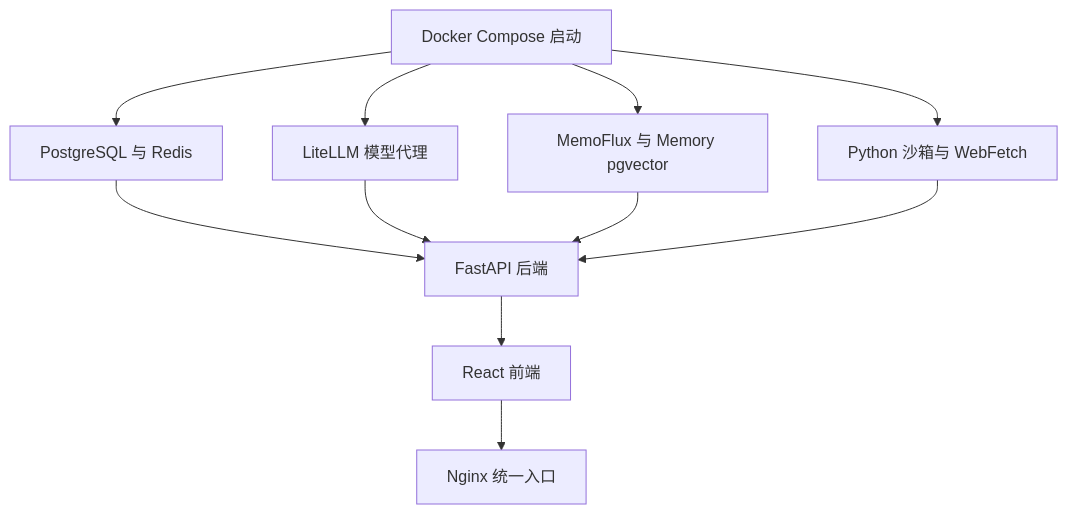
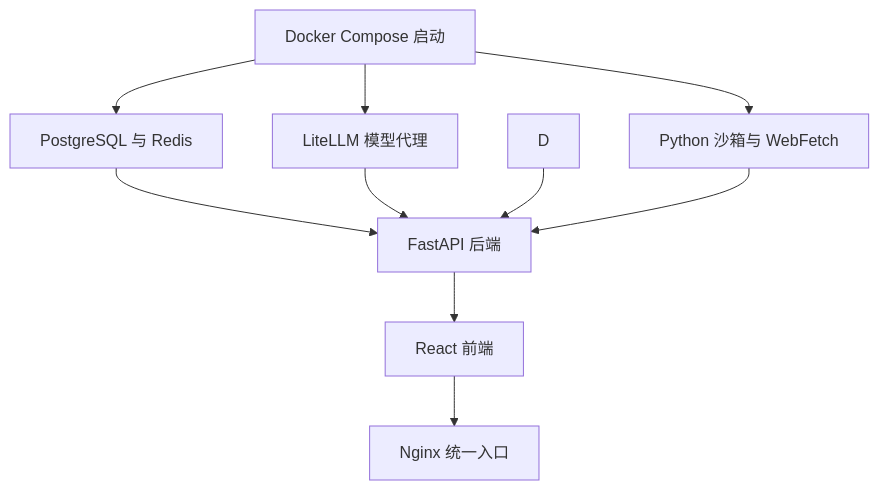
Before and after one commit to MarvekG/BestAITrader: the diagram in docs/feature-introductions/15-docker-deployment.md, drawn with Mermaid. The commit also changed other lines of this file and 54 other files, not shown here.

First line of the commit message:
feat(ai): replace MemoFlux with single-document memory system

````diff
--- a/docs/feature-introductions/15-docker-deployment.md
+++ b/docs/feature-introductions/15-docker-deployment.md
@@ -23,13 +23,12 @@
 ```mermaid
 flowchart TD
     A["Docker Compose 启动"] --> B["PostgreSQL 与 Redis"]
     A --> C["LiteLLM 模型代理"]
-    A --> D["MemoFlux 与 Memory pgvector"]
     A --> E["Python 沙箱与 WebFetch"]
     B --> F["FastAPI 后端"]
     C --> F
     D --> F
     E --> F
     F --> G["React 前端"]
     G --> H["Nginx 统一入口"]
 ```
````
